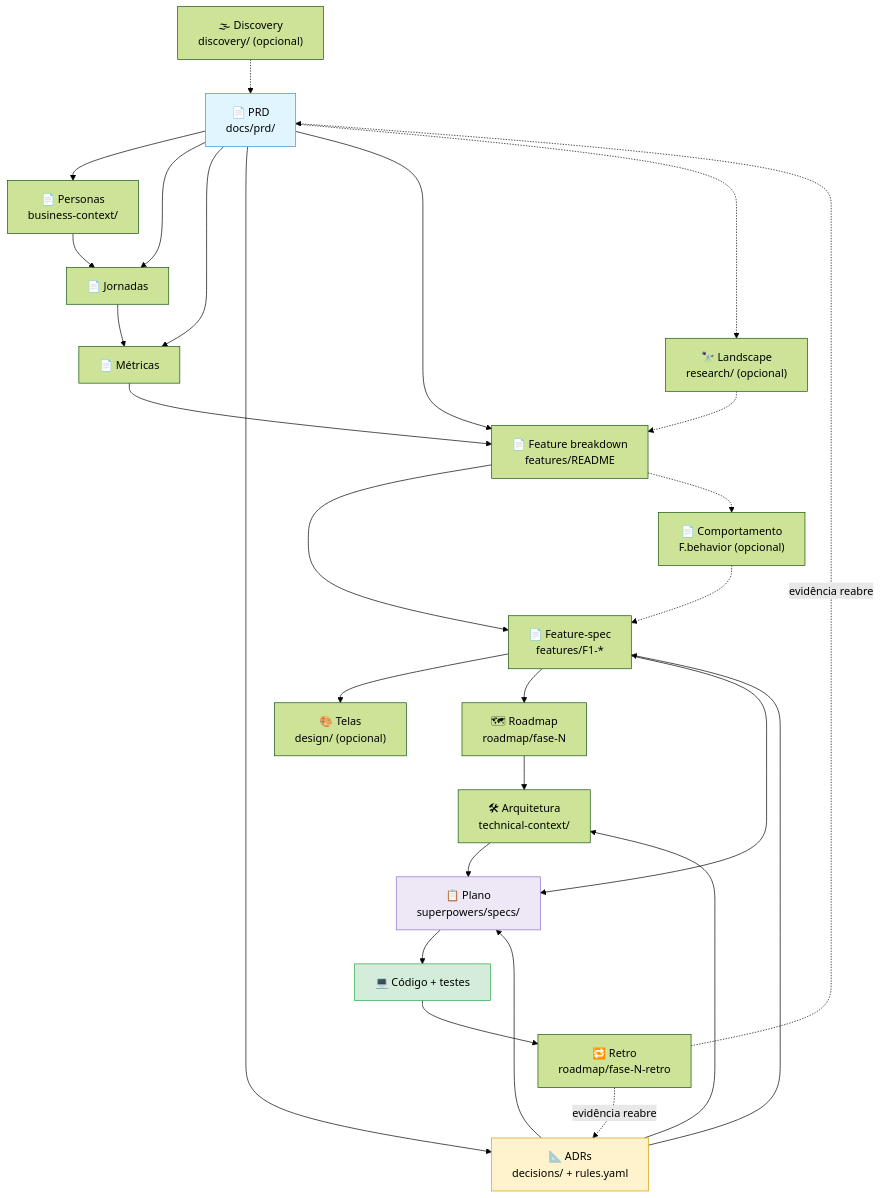
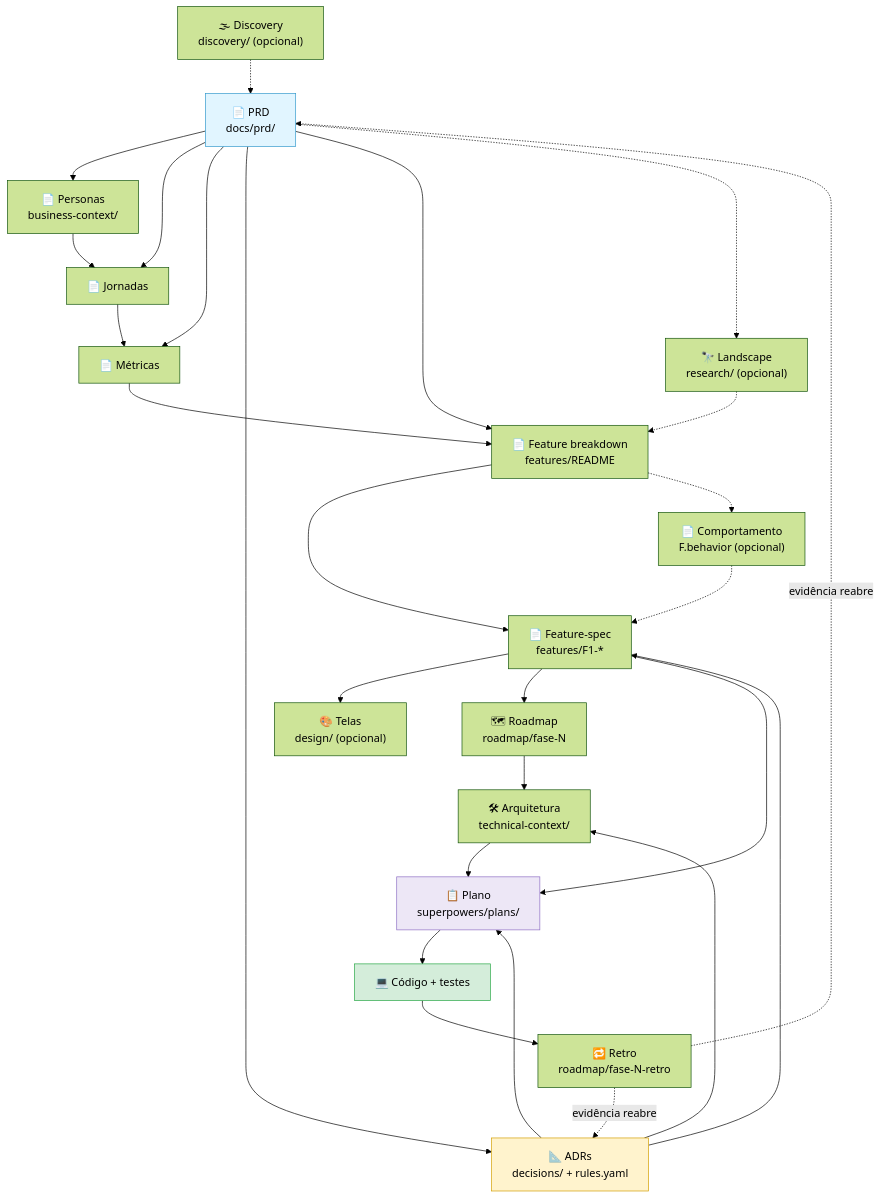
One commit to AInsteinsBR/renata changed the fourth of 4 diagrams in METHOD.pt-br.md. Above: the diagram before and after it, drawn with Mermaid (forest theme). The commit also changed other lines of this file and 20 other files, not shown here.

````diff
--- a/METHOD.pt-br.md
+++ b/METHOD.pt-br.md
@@ -316,39 +316,39 @@
 ```mermaid
 flowchart TD
     DISC["🌫 Discovery<br/>discovery/ (opcional)"] -.-> PRD["📄 PRD<br/>docs/prd/"]
     PRD --> PERS["📄 Personas<br/>business-context/"]
     PRD --> JOR["📄 Jornadas"]
     PERS --> JOR
     JOR --> MET["📄 Métricas"]
     PRD --> MET
     PRD --> ADR["📐 ADRs<br/>decisions/ + rules.yaml"]
     MET --> FEAT["📄 Feature breakdown<br/>features/README"]
     PRD --> FEAT
     PRD -.-> LAND["🔭 Landscape<br/>research/ (opcional)"]
     LAND -.-> FEAT
     ADR --> SPEC["📄 Feature-spec<br/>features/F1-*"]
     FEAT --> SPEC
     FEAT -.-> BEH["📄 Comportamento<br/>F<N>.behavior (opcional)"]
     BEH -.-> SPEC
     SPEC --> SCR["🎨 Telas<br/>design/ (opcional)"]
     SPEC --> ROAD["🗺 Roadmap<br/>roadmap/fase-N"]
     ROAD --> ARQ["🛠 Arquitetura<br/>technical-context/"]
     ADR --> ARQ
-    ARQ --> PLAN["📋 Plano<br/>superpowers/specs/"]
+    ARQ --> PLAN["📋 Plano<br/>superpowers/plans/"]
     SPEC --> PLAN
     ADR --> PLAN
     PLAN --> CODE["💻 Código + testes"]
     CODE --> RETRO["🔁 Retro<br/>roadmap/fase-N-retro"]
     RETRO -.evidência reabre.-> PRD
     RETRO -.evidência reabre.-> ADR
 
     classDef root fill:#e1f5ff,stroke:#3399cc,color:#000
     classDef adr  fill:#fff3cd,stroke:#d39e00,color:#000
     classDef code fill:#d4edda,stroke:#28a745,color:#000
     classDef plan fill:#ede7f6,stroke:#8e6fc4,color:#000
 
     class PRD root
     class ADR adr
     class CODE code
     class PLAN plan
 ```
````
